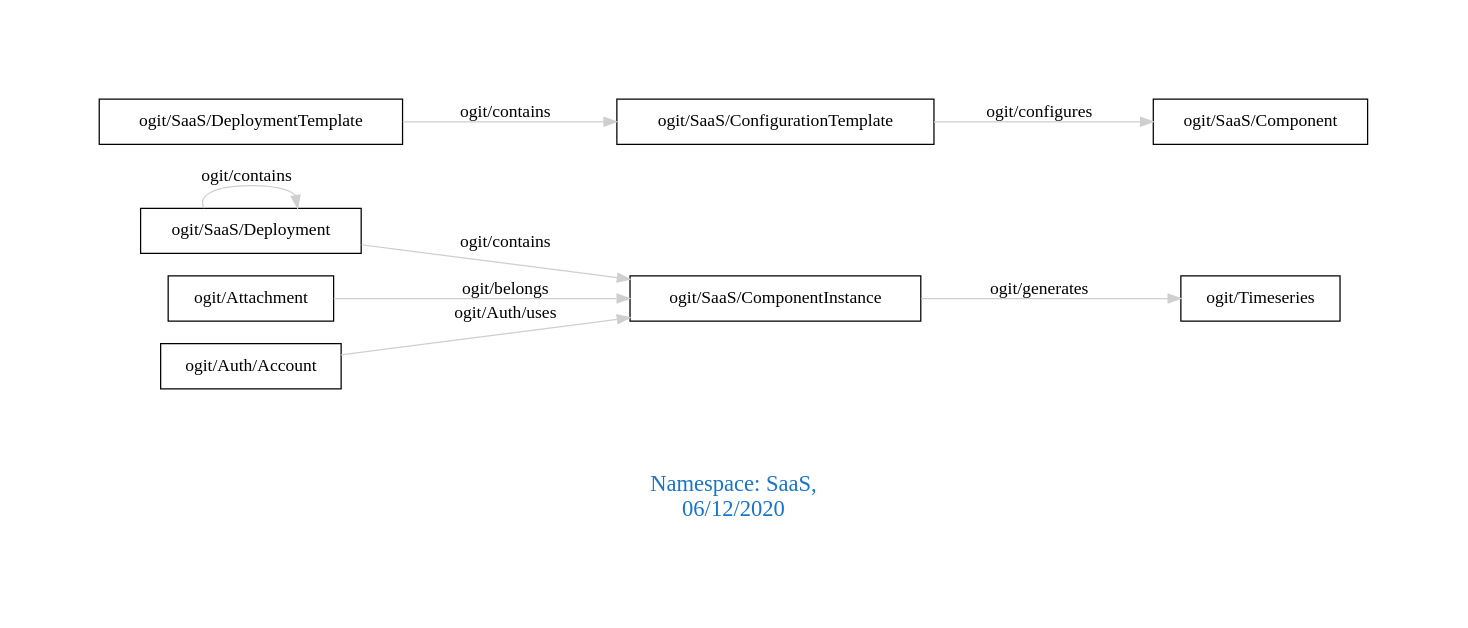
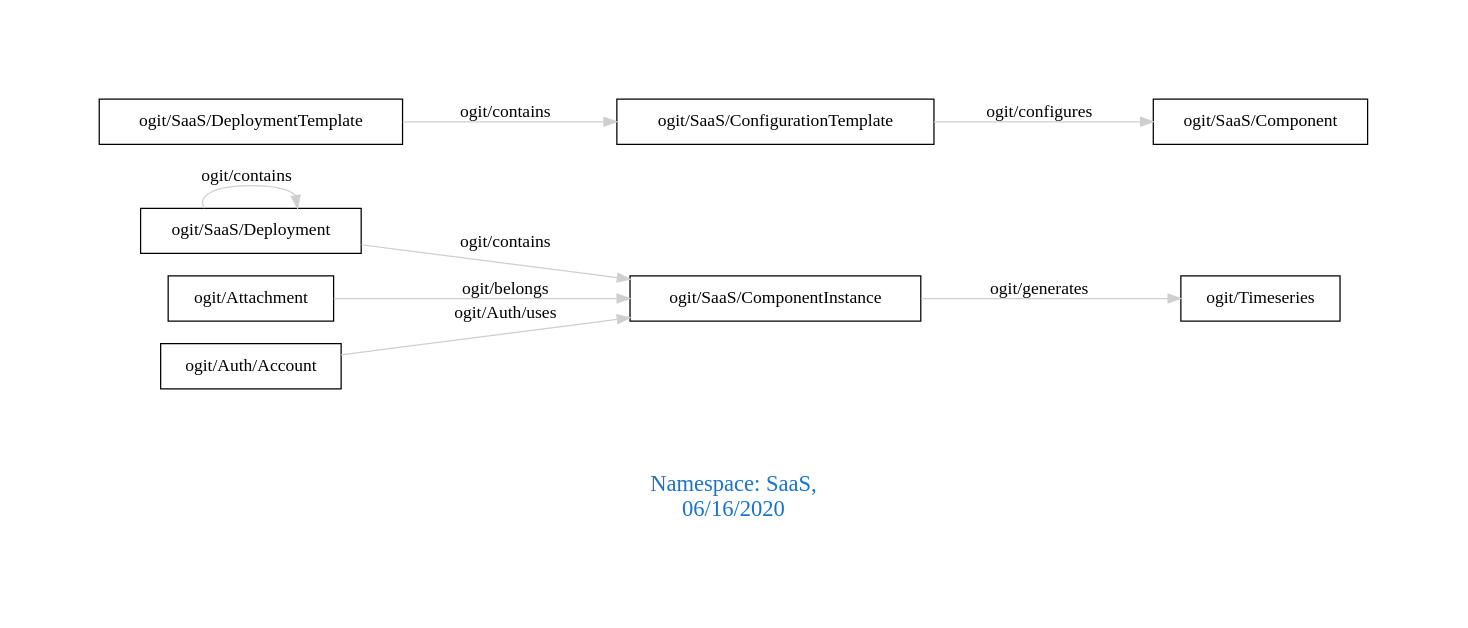
The diagram in downloads/SaaS.dot (arago/OGIT), drawn with Graphviz before and after one commit. The commit also changed 1750 other files, not shown here.

```diff
--- a/downloads/SaaS.dot
+++ b/downloads/SaaS.dot
@@ -1,15 +1,15 @@
 digraph OGIT_ontology {
  graph [ rankdir= LR,pad=1 
 fontsize = 18,
-fontcolor= dodgerblue3,label = "\n\n\nNamespace: SaaS, \n 06/12/2020"];
+fontcolor= dodgerblue3,label = "\n\n\nNamespace: SaaS, \n 06/16/2020"];
 node[shape=polygon];
 edge [  color="gray81"];
 
    "ogit/SaaS/Deployment" -> "ogit/SaaS/ComponentInstance" [label="   ogit/contains    "];
    "ogit/SaaS/DeploymentTemplate" -> "ogit/SaaS/ConfigurationTemplate" [label="   ogit/contains    "];
    "ogit/SaaS/ComponentInstance" -> "ogit/Timeseries" [label="   ogit/generates    "];
    "ogit/SaaS/ConfigurationTemplate" -> "ogit/SaaS/Component" [label="   ogit/configures    "];
    "ogit/Attachment" -> "ogit/SaaS/ComponentInstance" [label="   ogit/belongs    "];
    "ogit/Auth/Account" -> "ogit/SaaS/ComponentInstance" [label="   ogit/Auth/uses    "];
    "ogit/SaaS/Deployment" -> "ogit/SaaS/Deployment" [label="   ogit/contains    "];
 }
```
